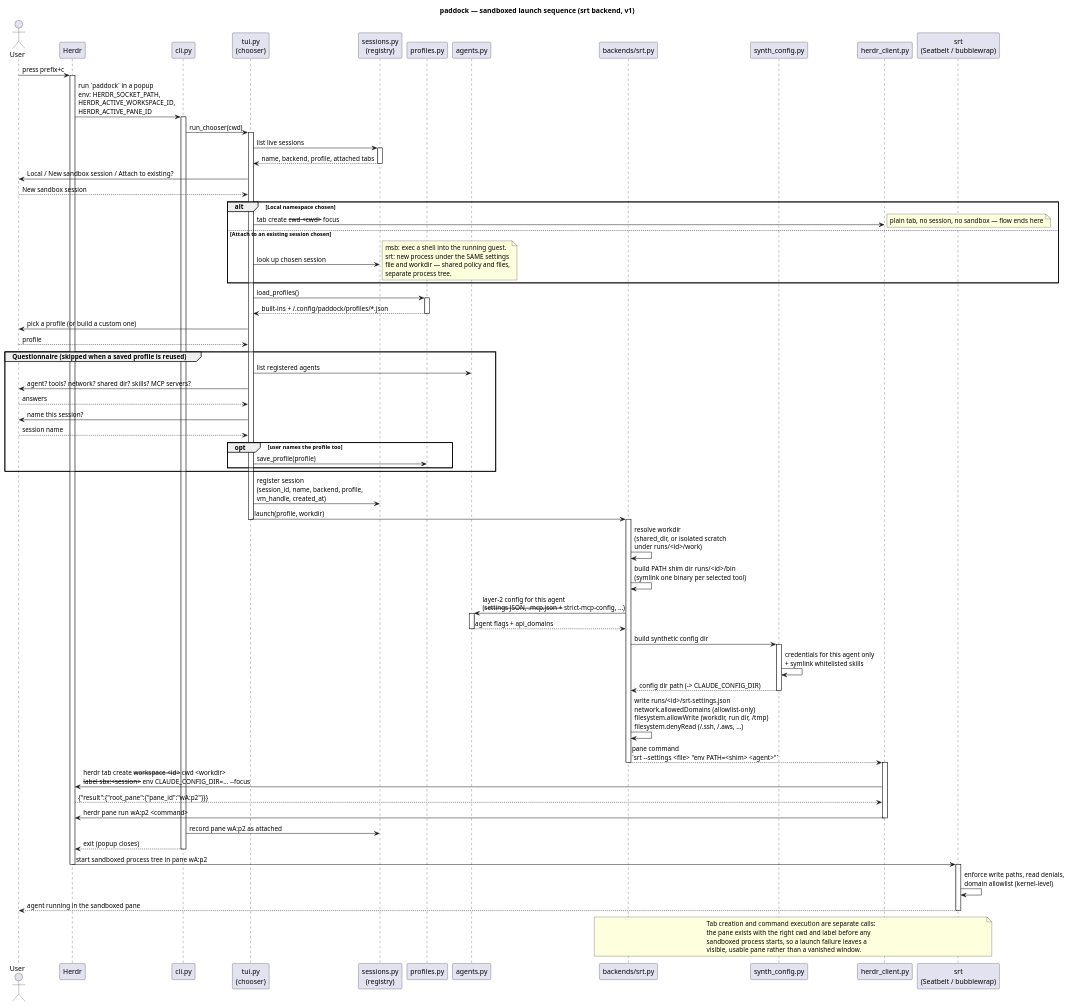
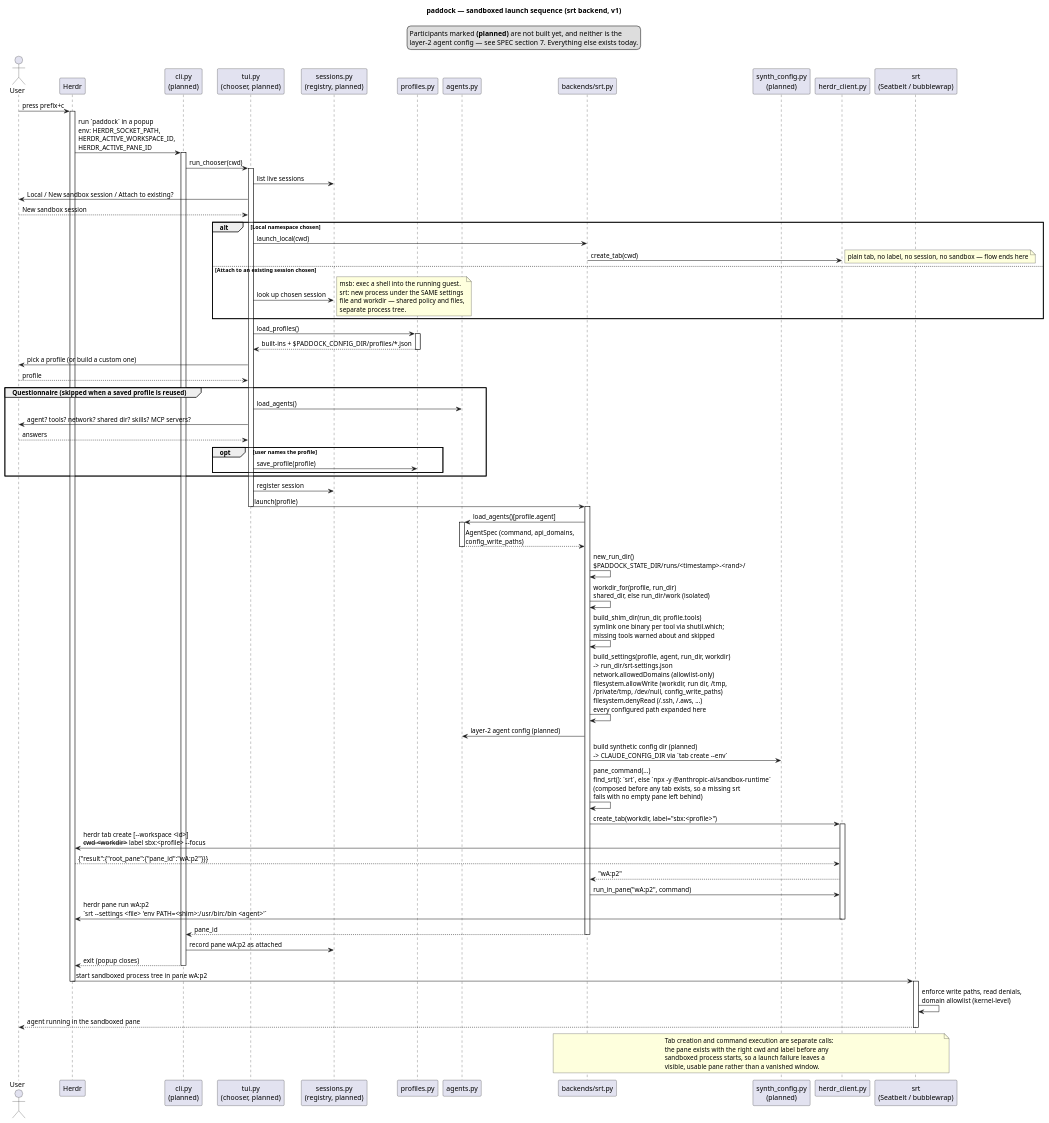
The diagram in docs/diagrams/launch_sequence.puml (paddock-sh/paddock), drawn with PlantUML before and after one commit. The commit also changed 7 other files, not shown here.

First line of the commit message:
feat: herdr client and srt backend

```diff
--- a/docs/diagrams/launch_sequence.puml
+++ b/docs/diagrams/launch_sequence.puml
@@ -1,108 +1,111 @@
 @startuml launch_sequence
 title paddock — sandboxed launch sequence (srt backend, v1)
 
 skinparam shadowing false
 skinparam sequenceMessageAlign left
 
+legend top
+  Participants marked **(planned)** are not built yet, and neither is the
+  layer-2 agent config — see SPEC section 7. Everything else exists today.
+endlegend
+
 actor User
 participant "Herdr" as Herdr
-participant "cli.py" as CLI
-participant "tui.py\n(chooser)" as TUI
-participant "sessions.py\n(registry)" as Sessions
+participant "cli.py\n(planned)" as CLI
+participant "tui.py\n(chooser, planned)" as TUI
+participant "sessions.py\n(registry, planned)" as Sessions
 participant "profiles.py" as Profiles
 participant "agents.py" as Agents
 participant "backends/srt.py" as Backend
-participant "synth_config.py" as Synth
+participant "synth_config.py\n(planned)" as Synth
 participant "herdr_client.py" as Client
 participant "srt\n(Seatbelt / bubblewrap)" as Srt
 
 User -> Herdr : press prefix+c
 activate Herdr
 Herdr -> CLI : run `paddock` in a popup\nenv: HERDR_SOCKET_PATH,\nHERDR_ACTIVE_WORKSPACE_ID,\nHERDR_ACTIVE_PANE_ID
 activate CLI
 CLI -> TUI : run_chooser(cwd)
 activate TUI
 
 TUI -> Sessions : list live sessions
-activate Sessions
-Sessions --> TUI : name, backend, profile, attached tabs
-deactivate Sessions
 TUI -> User : Local / New sandbox session / Attach to existing?
 User --> TUI : New sandbox session
 
 alt Local namespace chosen
-  TUI -> Client : tab create --cwd <cwd> --focus
-  note right : plain tab, no session, no sandbox — flow ends here
+  TUI -> Backend : launch_local(cwd)
+  Backend -> Client : create_tab(cwd)
+  note right : plain tab, no label, no session, no sandbox — flow ends here
 else Attach to an existing session chosen
   TUI -> Sessions : look up chosen session
   note right
     msb: exec a shell into the running guest.
     srt: new process under the SAME settings
     file and workdir — shared policy and files,
     separate process tree.
   end note
 end
 
 TUI -> Profiles : load_profiles()
 activate Profiles
-Profiles --> TUI : built-ins + ~/.config/paddock/profiles/*.json
+Profiles --> TUI : built-ins + $PADDOCK_CONFIG_DIR/profiles/*.json
 deactivate Profiles
 TUI -> User : pick a profile (or build a custom one)
 User --> TUI : profile
 
 group Questionnaire (skipped when a saved profile is reused)
-  TUI -> Agents : list registered agents
+  TUI -> Agents : load_agents()
   TUI -> User : agent? tools? network? shared dir? skills? MCP servers?
   User --> TUI : answers
-  TUI -> User : name this session?
-  User --> TUI : session name
-  opt user names the profile too
+  opt user names the profile
     TUI -> Profiles : save_profile(profile)
   end
 end
 
-TUI -> Sessions : register session\n(session_id, name, backend, profile,\nvm_handle, created_at)
+TUI -> Sessions : register session
 
-TUI -> Backend : launch(profile, workdir)
+TUI -> Backend : launch(profile)
 deactivate TUI
 activate Backend
 
-Backend -> Backend : resolve workdir\n(shared_dir, or isolated scratch\nunder runs/<id>/work)
-Backend -> Backend : build PATH shim dir runs/<id>/bin\n(symlink one binary per selected tool)
-Backend -> Agents : layer-2 config for this agent\n(--settings JSON, .mcp.json + --strict-mcp-config, ...)
+Backend -> Agents : load_agents()[profile.agent]
 activate Agents
-Agents --> Backend : agent flags + api_domains
+Agents --> Backend : AgentSpec (command, api_domains,\nconfig_write_paths)
 deactivate Agents
-Backend -> Synth : build synthetic config dir
-activate Synth
-Synth -> Synth : credentials for this agent only\n+ symlink whitelisted skills
-Synth --> Backend : config dir path (-> CLAUDE_CONFIG_DIR)
-deactivate Synth
-Backend -> Backend : write runs/<id>/srt-settings.json\nnetwork.allowedDomains (allowlist-only)\nfilesystem.allowWrite (workdir, run dir, /tmp)\nfilesystem.denyRead (~/.ssh, ~/.aws, ...)
-Backend --> Client : pane command\n`srt --settings <file> "env PATH=<shim> <agent>"`
+Backend -> Backend : new_run_dir()\n$PADDOCK_STATE_DIR/runs/<timestamp>-<rand>/
+Backend -> Backend : workdir_for(profile, run_dir)\nshared_dir, else run_dir/work (isolated)
+Backend -> Backend : build_shim_dir(run_dir, profile.tools)\nsymlink one binary per tool via shutil.which;\nmissing tools warned about and skipped
+Backend -> Backend : build_settings(profile, agent, run_dir, workdir)\n-> run_dir/srt-settings.json\nnetwork.allowedDomains (allowlist-only)\nfilesystem.allowWrite (workdir, run dir, /tmp,\n/private/tmp, /dev/null, config_write_paths)\nfilesystem.denyRead (~/.ssh, ~/.aws, ...)\nevery configured path expanded here
+Backend -> Agents : layer-2 agent config (planned)
+Backend -> Synth : build synthetic config dir (planned)\n-> CLAUDE_CONFIG_DIR via `tab create --env`
+Backend -> Backend : pane_command(...)\nfind_srt(): `srt`, else `npx -y @anthropic-ai/sandbox-runtime`\n(composed before any tab exists, so a missing srt\nfails with no empty pane left behind)
+
+Backend -> Client : create_tab(workdir, label="sbx:<profile>")
+activate Client
+Client -> Herdr : herdr tab create [--workspace <id>]\n--cwd <workdir> --label sbx:<profile> --focus
+Herdr --> Client : {"result":{"root_pane":{"pane_id":"wA:p2"}}}
+Client --> Backend : "wA:p2"
+Backend -> Client : run_in_pane("wA:p2", command)
+Client -> Herdr : herdr pane run wA:p2\n`srt --settings <file> 'env PATH=<shim>:/usr/bin:/bin <agent>'`
+deactivate Client
+Backend --> CLI : pane_id
 deactivate Backend
-
-activate Client
-Client -> Herdr : herdr tab create --workspace <id> --cwd <workdir>\n--label sbx:<session> --env CLAUDE_CONFIG_DIR=... --focus
-Herdr --> Client : {"result":{"root_pane":{"pane_id":"wA:p2"}}}
-Client -> Herdr : herdr pane run wA:p2 <command>
-deactivate Client
 CLI -> Sessions : record pane wA:p2 as attached
 CLI --> Herdr : exit (popup closes)
 deactivate CLI
 
 Herdr -> Srt : start sandboxed process tree in pane wA:p2
 deactivate Herdr
 activate Srt
 Srt -> Srt : enforce write paths, read denials,\ndomain allowlist (kernel-level)
 Srt --> User : agent running in the sandboxed pane
 deactivate Srt
 
 note over Backend, Srt
   Tab creation and command execution are separate calls:
   the pane exists with the right cwd and label before any
   sandboxed process starts, so a launch failure leaves a
   visible, usable pane rather than a vanished window.
 end note
 
 @enduml
```
